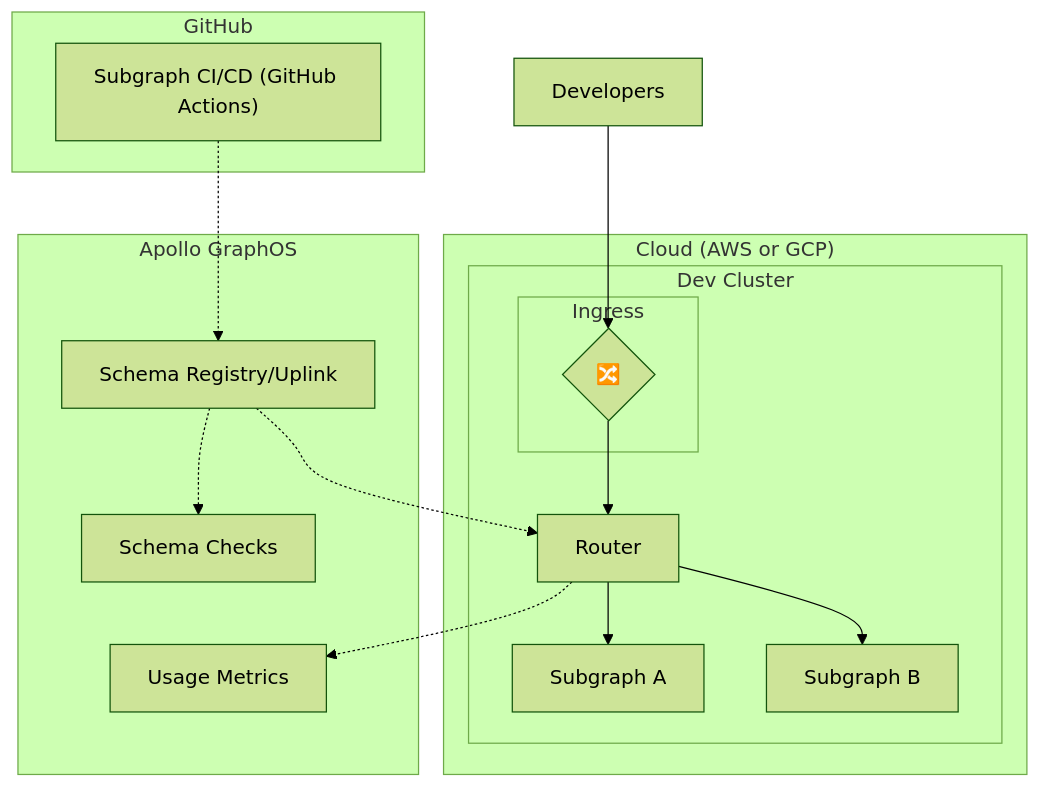
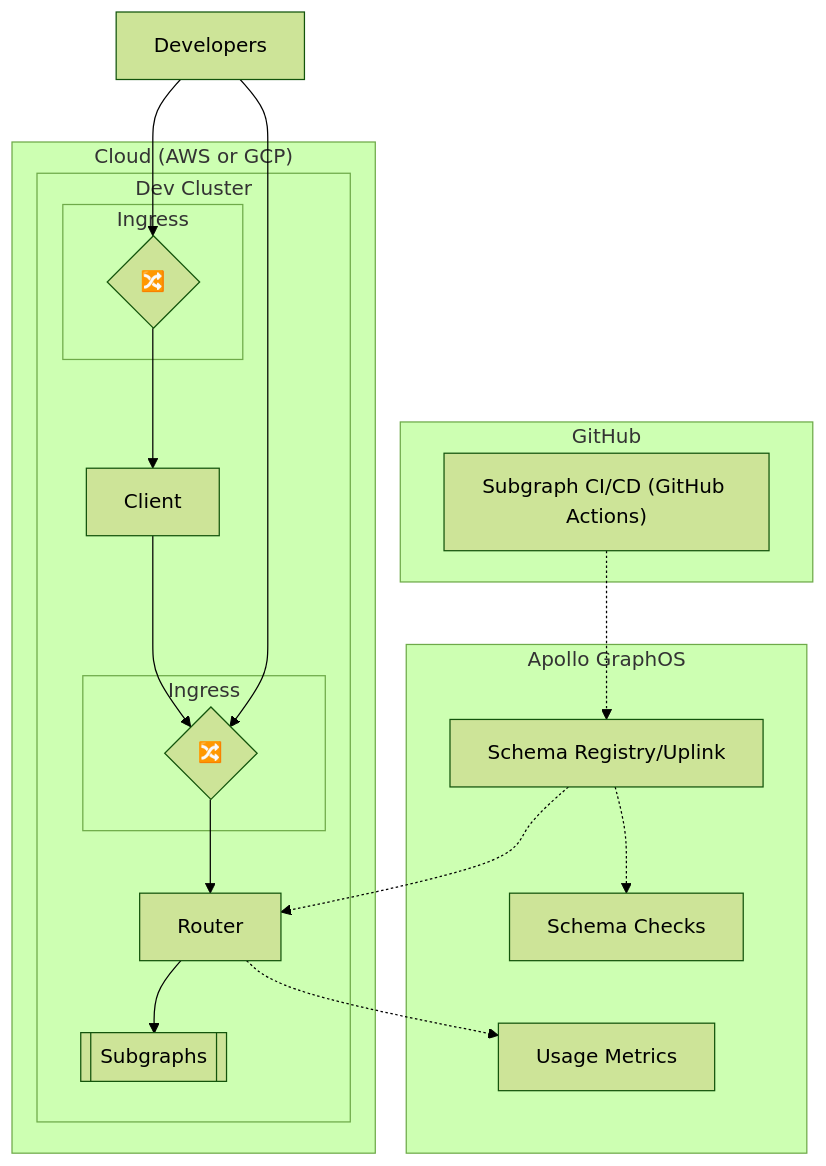
One commit to apollographql/docs changed the second of 9 diagrams in src/content/graphos/enterprise/reference-architecture.mdx. Above: the diagram before and after it, drawn with Mermaid (forest theme). The commit also changed other lines of this file, not shown here.

````diff
--- a/src/content/graphos/enterprise/reference-architecture.mdx
+++ b/src/content/graphos/enterprise/reference-architecture.mdx
@@ -80,36 +65,39 @@
 ```mermaid
 flowchart TB
-	developers[Developers]
+    developers[Developers]
 	subgraph cloud["Cloud (AWS or GCP)"]
 		subgraph devcluster["Dev Cluster"]
-			subgraph ingresscontainer["Ingress"]
-				ingress{"🔀"}
+			subgraph routeringresscontainer["Ingress"]
+				routeringress{"🔀"}
 			end
-
+            subgraph clientingresscontainer["Ingress"]
+				clientingress{"🔀"}
+			end
+            client[Client]
 			router["Router"]
-			subgrapha["Subgraph A"]
-			subgraphb["Subgraph B"]
+			subgraphs[["Subgraphs"]]
 		end
 	end
 
   subgraph graphos["Apollo GraphOS"]
     uplink["Schema Registry/Uplink"]
     checks["Schema Checks"]
     metrics["Usage Metrics"]
   end
 
   subgraph github["GitHub"]
       githubactions["Subgraph CI/CD (GitHub Actions)"]
   end
 
 	%% Relationships
-	developers --> ingress
-	ingress --> router
-	router --> subgrapha
-	router --> subgraphb
+  clientingress --> client
+	client --> routeringress
+  developers --> routeringress
+  developers --> clientingress
+	routeringress --> router
+	router --> subgraphs
 	uplink -.-> router
   router -.-> metrics
   githubactions -.-> uplink
   uplink -.-> checks
-
 ```
````
